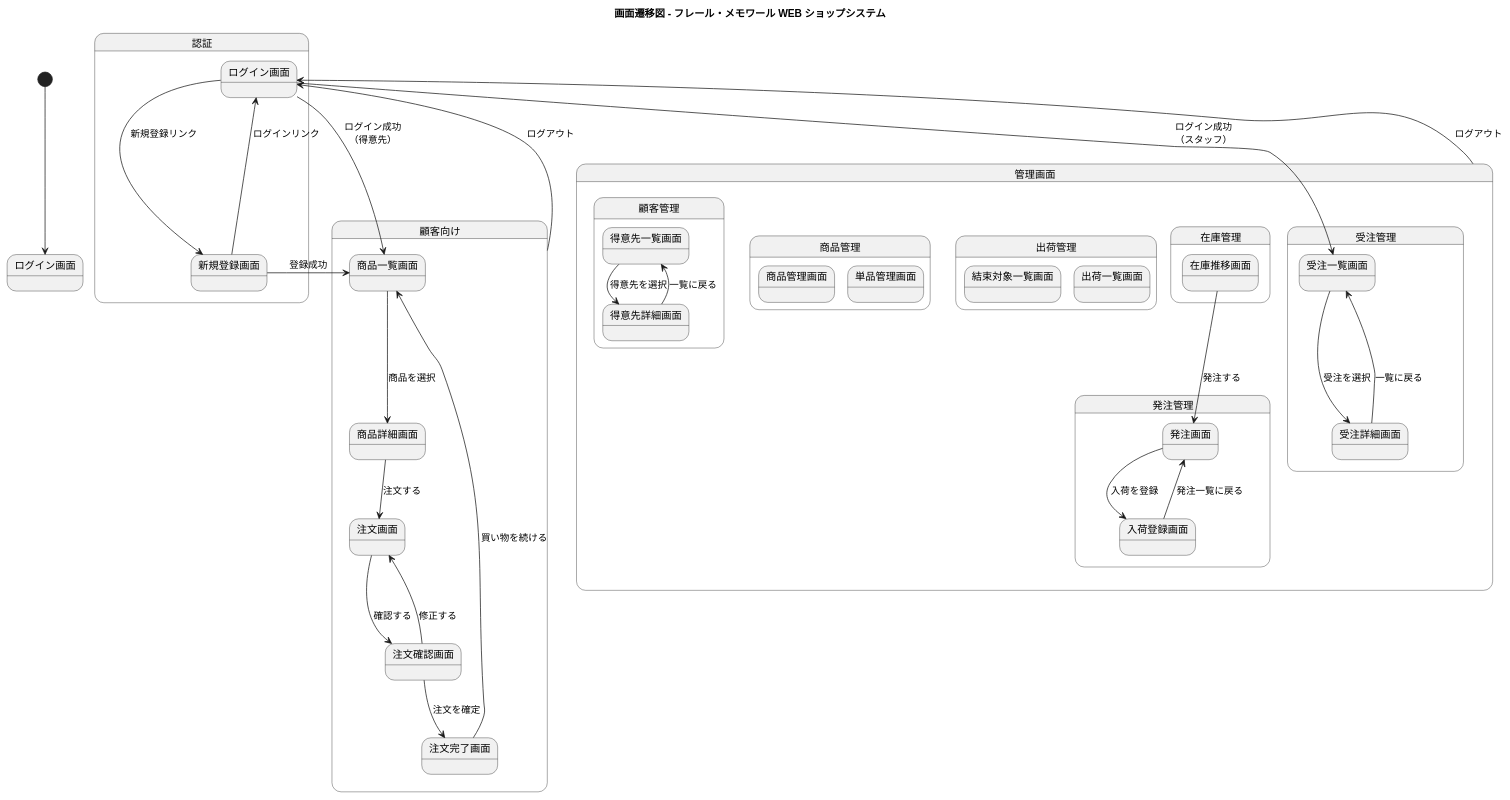
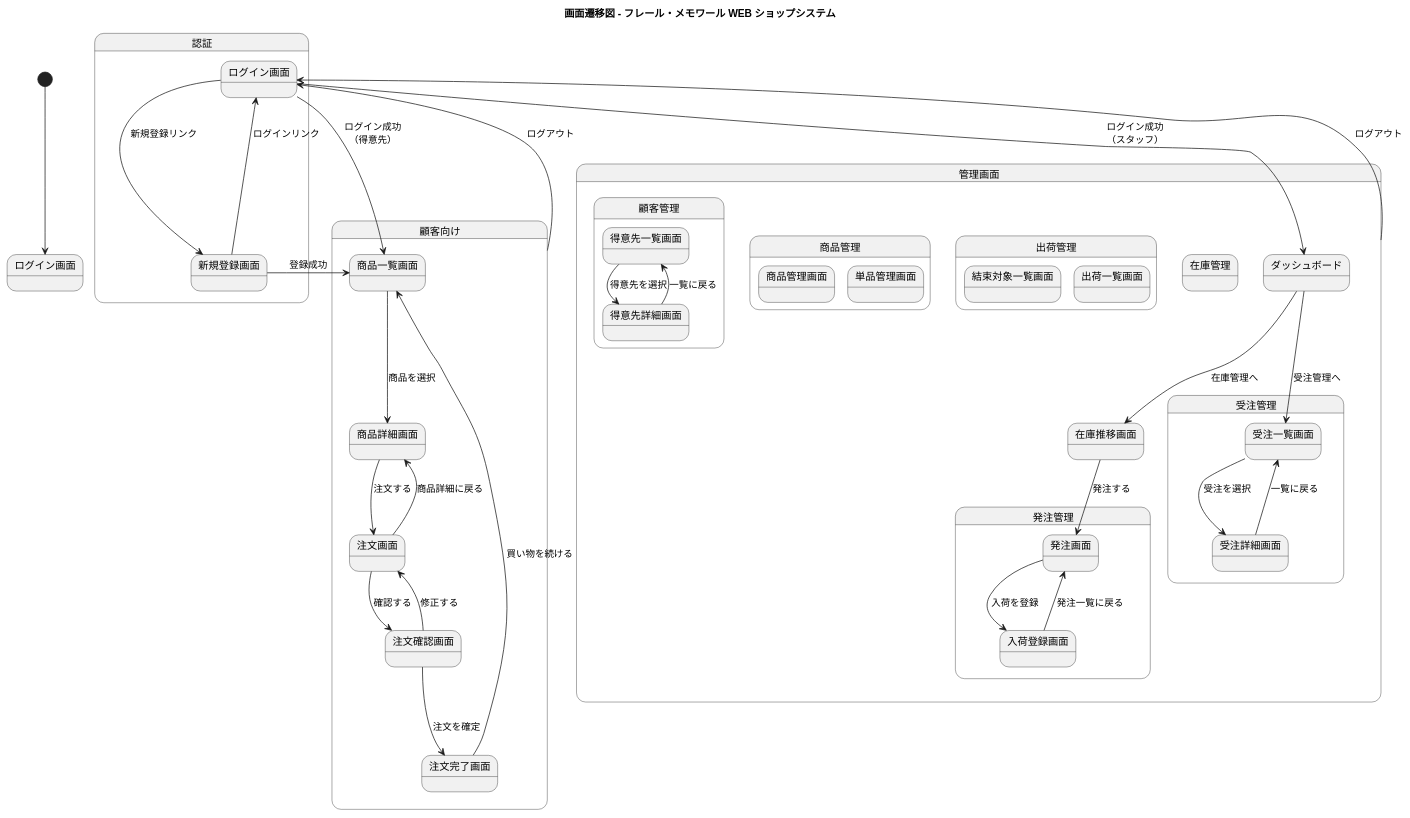
The first of 25 diagrams in docs/design/ui-design.md (k2works/case-study-sdd-development), drawn with PlantUML before and after one commit. The commit also changed other lines of this file, not shown here.

```diff
--- a/docs/design/ui-design.md
+++ b/docs/design/ui-design.md
@@ -57,6 +58,7 @@
 
   S003 --> S004 : 商品を選択
   S004 --> S005 : 注文する
+  S005 --> S004 : 商品詳細に戻る
   S005 --> S006 : 確認する
   S006 --> S005 : 修正する
   S006 --> S007 : 注文を確定
@@ -64,12 +66,17 @@
 }
 
 state "管理画面" as admin {
+  state "ダッシュボード" as S100
+
   state "受注管理" as order_mgmt {
     state "受注一覧画面" as S101
     state "受注詳細画面" as S102
     S101 --> S102 : 受注を選択
     S102 --> S101 : 一覧に戻る
   }
+
+  S100 --> S101 : 受注管理へ
+  S100 --> S201 : 在庫管理へ
 
   state "在庫管理" as stock_mgmt {
     state "在庫推移画面" as S201
@@ -101,7 +108,7 @@
 }
 
 S001 --> S003 : ログイン成功\n（得意先）
-S001 --> S101 : ログイン成功\n（スタッフ）
+S001 --> S100 : ログイン成功\n（スタッフ）
 S002 --> S003 : 登録成功
 
 admin --> S001 : ログアウト
```
